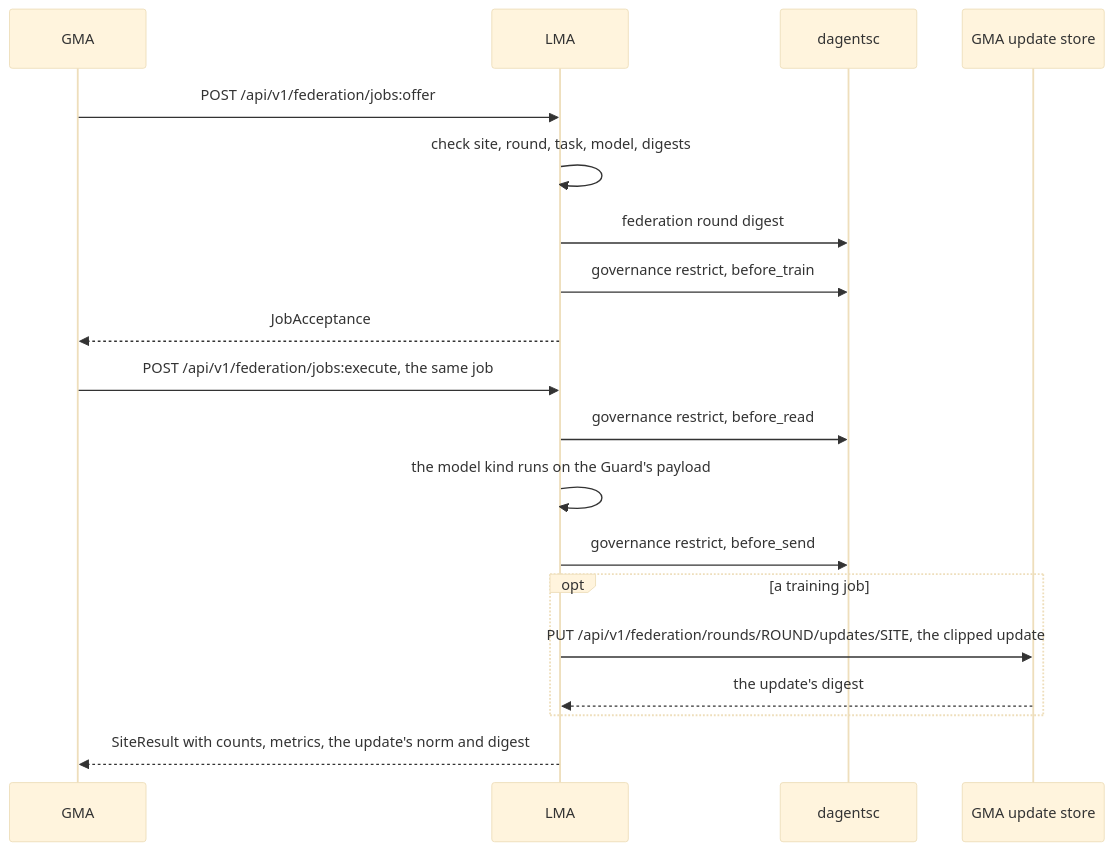
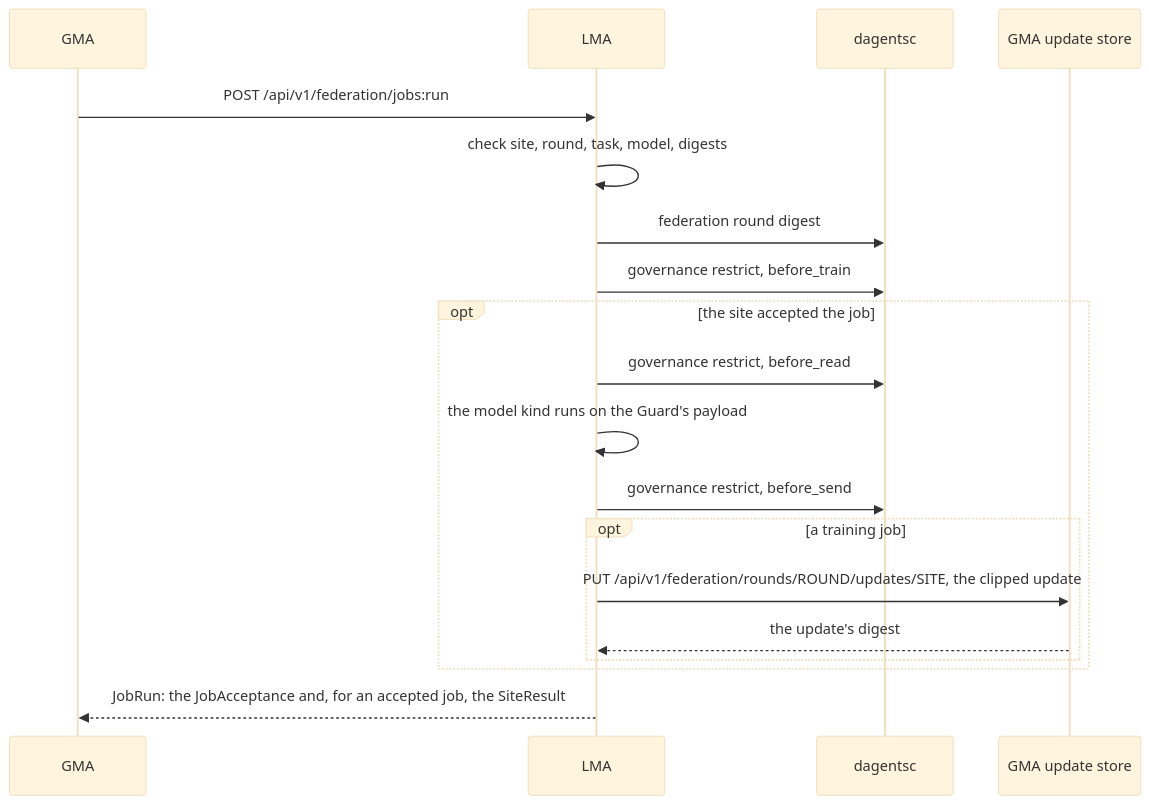
Before and after one commit to pradyunuydarp/Dagents: the seventh of 12 diagrams in docs/reference/api/agents.md, drawn with Mermaid (base theme). The commit also changed other lines of this file and 138 other files, not shown here.

First line of the commit message:
Switch the stroke demo to the Dagents LMA and GMA APIs

````diff
--- a/docs/reference/api/agents.md
+++ b/docs/reference/api/agents.md
@@ -1307,21 +1312,21 @@
 ```mermaid
 sequenceDiagram
     participant GMA
     participant LMA
     participant Planner as dagentsc
     participant Store as GMA update store
-    GMA->>LMA: POST /api/v1/federation/jobs:offer
+    GMA->>LMA: POST /api/v1/federation/jobs:run
     LMA->>LMA: check site, round, task, model, digests
     LMA->>Planner: federation round digest
     LMA->>Planner: governance restrict, before_train
-    LMA-->>GMA: JobAcceptance
-    GMA->>LMA: POST /api/v1/federation/jobs:execute, the same job
-    LMA->>Planner: governance restrict, before_read
-    LMA->>LMA: the model kind runs on the Guard's payload
-    LMA->>Planner: governance restrict, before_send
-    opt a training job
-        LMA->>Store: PUT /api/v1/federation/rounds/ROUND/updates/SITE, the clipped update
-        Store-->>LMA: the update's digest
+    opt the site accepted the job
+        LMA->>Planner: governance restrict, before_read
+        LMA->>LMA: the model kind runs on the Guard's payload
+        LMA->>Planner: governance restrict, before_send
+        opt a training job
+            LMA->>Store: PUT /api/v1/federation/rounds/ROUND/updates/SITE, the clipped update
+            Store-->>LMA: the update's digest
+        end
     end
-    LMA-->>GMA: SiteResult with counts, metrics, the update's norm and digest
+    LMA-->>GMA: JobRun: the JobAcceptance and, for an accepted job, the SiteResult
 ```
````
